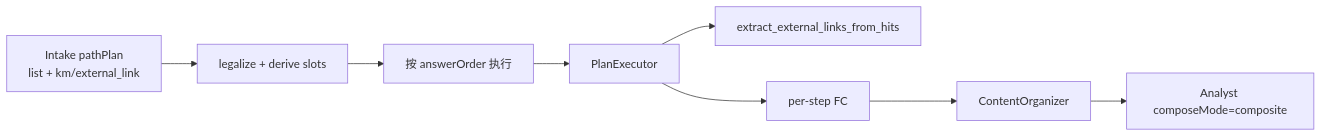
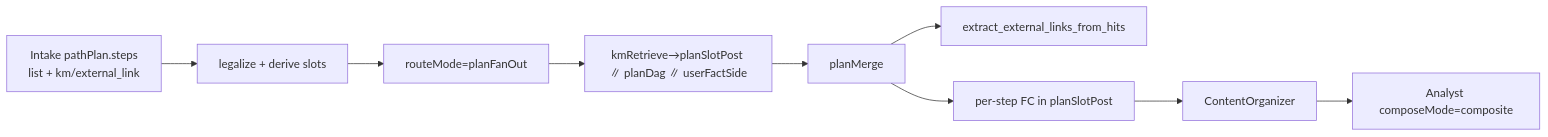
One commit to panzhanfei/agent changed the third of 4 diagrams in docs/05-architecture-v2-tool-orchestration.md. Above: the diagram before and after it, drawn with Mermaid. The commit also changed other lines of this file and 81 other files, not shown here.

````diff
--- a/docs/05-architecture-v2-tool-orchestration.md
+++ b/docs/05-architecture-v2-tool-orchestration.md
@@ -273,10 +288,11 @@
 ```mermaid
 flowchart LR
-  IC[Intake pathPlan<br/>list + km/external_link] --> Val[legalize + derive slots]
-  Val --> L[按 answerOrder 执行]
-  L --> PE[PlanExecutor]
-  PE --> T[extract_external_links_from_hits]
-  PE --> FC[per-step FC]
+  IC[Intake pathPlan.steps<br/>list + km/external_link] --> Val[legalize + derive slots]
+  Val --> L[routeMode=planFanOut]
+  L --> PE[kmRetrieve→planSlotPost ∥ planDag ∥ userFactSide]
+  PE --> M[planMerge]
+  M --> T[extract_external_links_from_hits]
+  M --> FC[per-step FC in planSlotPost]
   FC --> CO[ContentOrganizer]
   CO --> IA[Analyst composeMode=composite]
 ```
````
